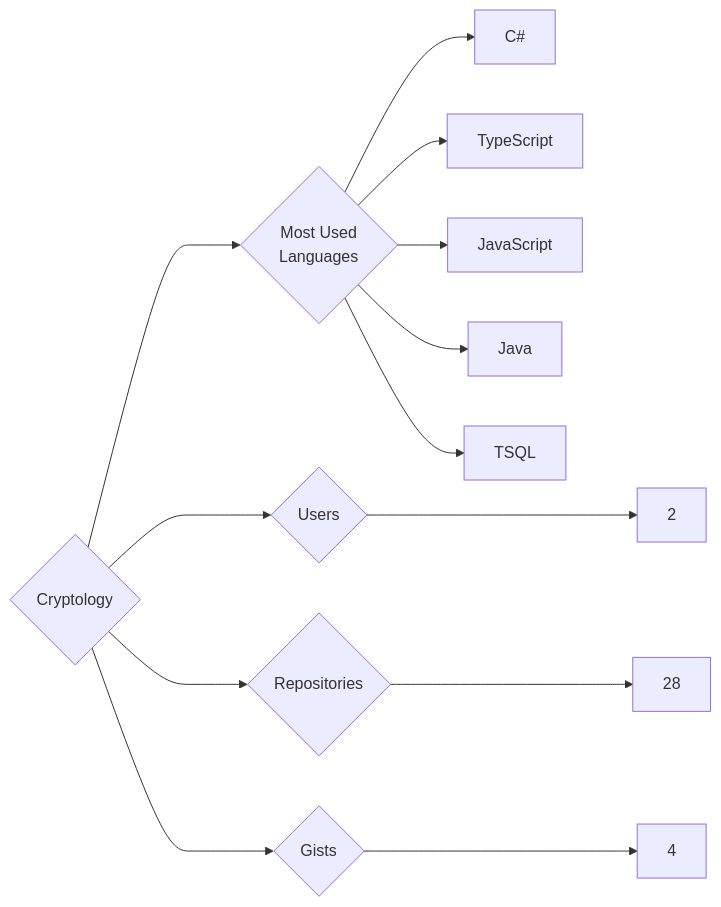
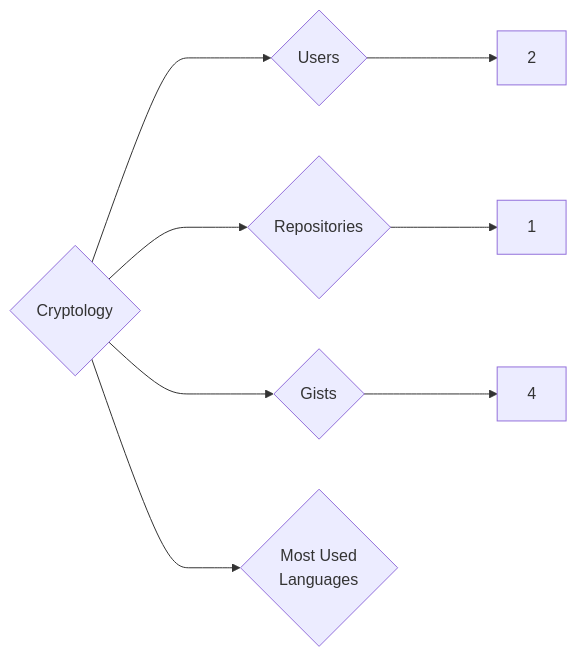
The diagram in targets/Cryptology/README.md (trickest/insiders), drawn with Mermaid before and after one commit. The commit also changed 993 other files, not shown here.

````diff
--- a/targets/Cryptology/README.md
+++ b/targets/Cryptology/README.md
@@ -3,13 +3,8 @@
 ```mermaid
 graph LR
 COMPANY_NAME{Cryptology}
 COMPANY_NAME ---> U{Users} ---> UN[2]
-COMPANY_NAME ---> R{Repositories} ---> RN[28]
+COMPANY_NAME ---> R{Repositories} ---> RN[1]
 COMPANY_NAME ---> G{Gists} ---> GN[4]
 COMPANY_NAME ---> ML{Most Used<br>Languages}
-ML --> C#[C#]
-ML --> TypeScript[TypeScript]
-ML --> JavaScript[JavaScript]
-ML --> Java[Java]
-ML --> TSQL[TSQL]
 ```
````
